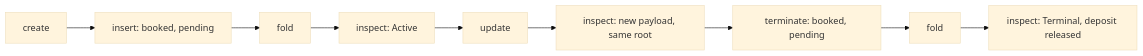
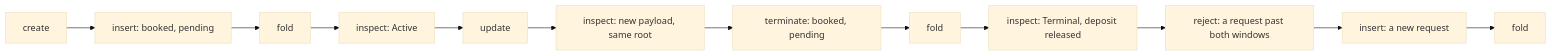
Before and after one commit to lambdasistemi/singular: the diagram in onchain-release/DEMO1.md, drawn with Mermaid (base theme). The commit also changed other lines of this file and 16 other files, not shown here.

````diff
--- a/onchain-release/DEMO1.md
+++ b/onchain-release/DEMO1.md
@@ -26,11 +26,14 @@
 ```mermaid
 flowchart LR
   Create[create] --> Insert[insert: booked, pending]
   Insert --> Fold1[fold]
   Fold1 --> Inspect1[inspect: Active]
   Inspect1 --> Update[update]
   Update --> Inspect2[inspect: new payload, same root]
   Inspect2 --> Terminate[terminate: booked, pending]
   Terminate --> Fold2[fold]
   Fold2 --> Inspect3[inspect: Terminal, deposit released]
+  Inspect3 --> Reject[reject: a request past both windows]
+  Reject --> Insert2[insert: a new request]
+  Insert2 --> Fold3[fold]
 ```
````
